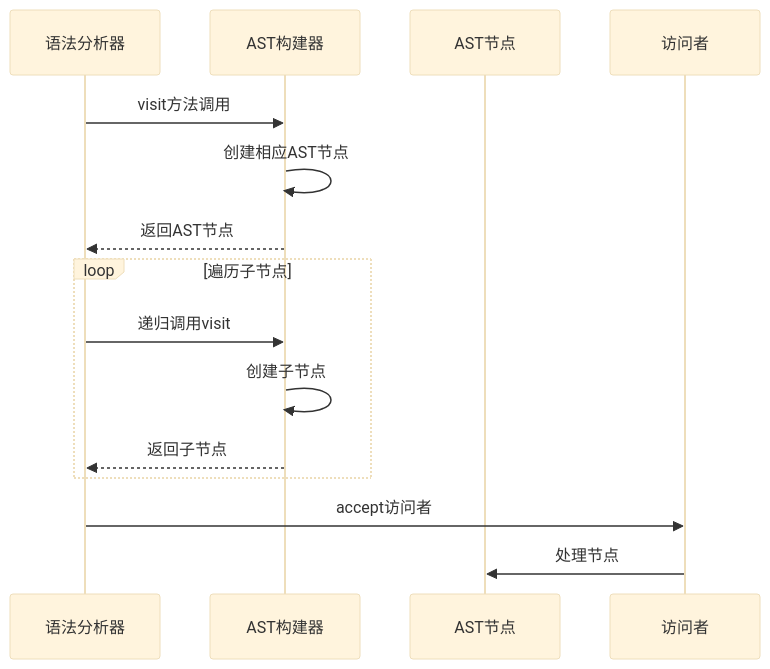
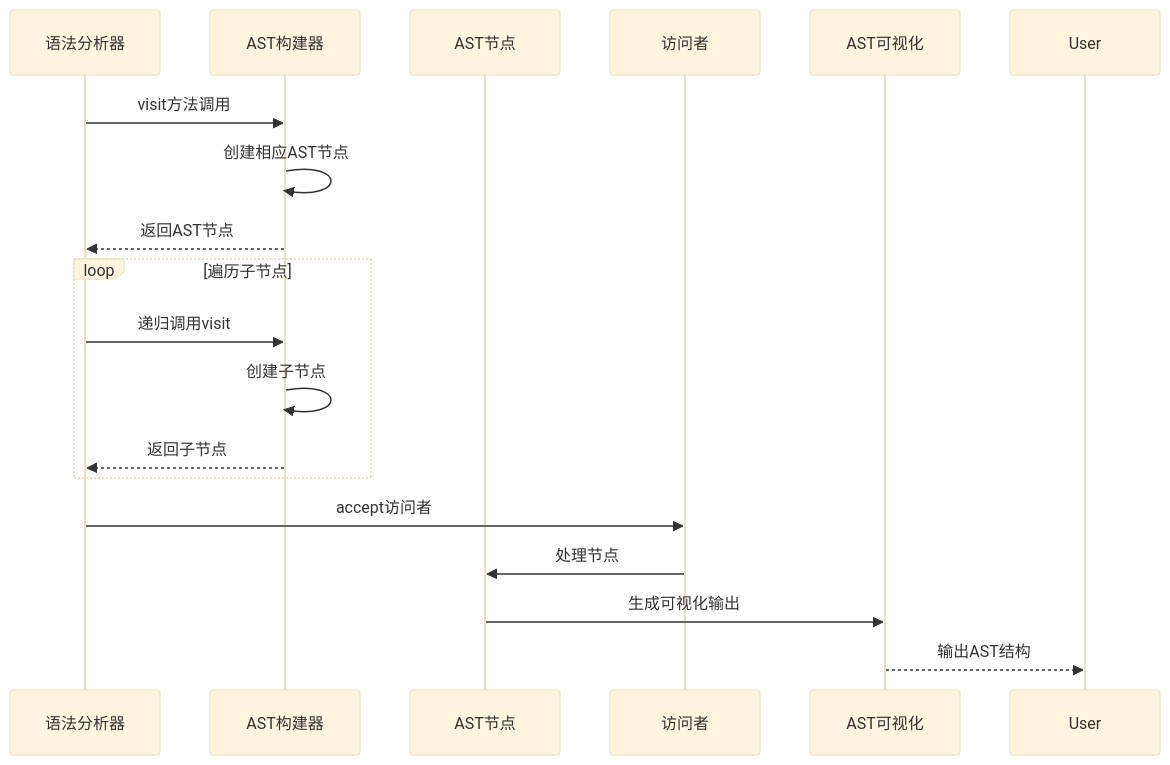
The second of 9 diagrams in ep20/docs/compilation-sequence.md (whtoo/How_to_implment_PL_in_Antlr4), drawn with Mermaid (base theme) before and after one commit. The commit also changed other lines of this file and 11 other files, not shown here.

First line of the commit message:
docs(README): 更新项目文档和架构图

````diff
--- a/ep20/docs/compilation-sequence.md
+++ b/ep20/docs/compilation-sequence.md
@@ -40,18 +45,21 @@
 ```mermaid
 sequenceDiagram
     participant Parser as 语法分析器
     participant ASTBuilder as AST构建器
     participant ASTNode as AST节点
     participant Visitor as 访问者
+    participant Dumper as AST可视化
 
     Parser->>ASTBuilder: visit方法调用
     ASTBuilder->>ASTBuilder: 创建相应AST节点
     ASTBuilder-->>Parser: 返回AST节点
     loop 遍历子节点
         Parser->>ASTBuilder: 递归调用visit
         ASTBuilder->>ASTBuilder: 创建子节点
         ASTBuilder-->>Parser: 返回子节点
     end
     Parser->>Visitor: accept访问者
     Visitor->>ASTNode: 处理节点
+    ASTNode->>Dumper: 生成可视化输出
+    Dumper-->>User: 输出AST结构
 ```
````
